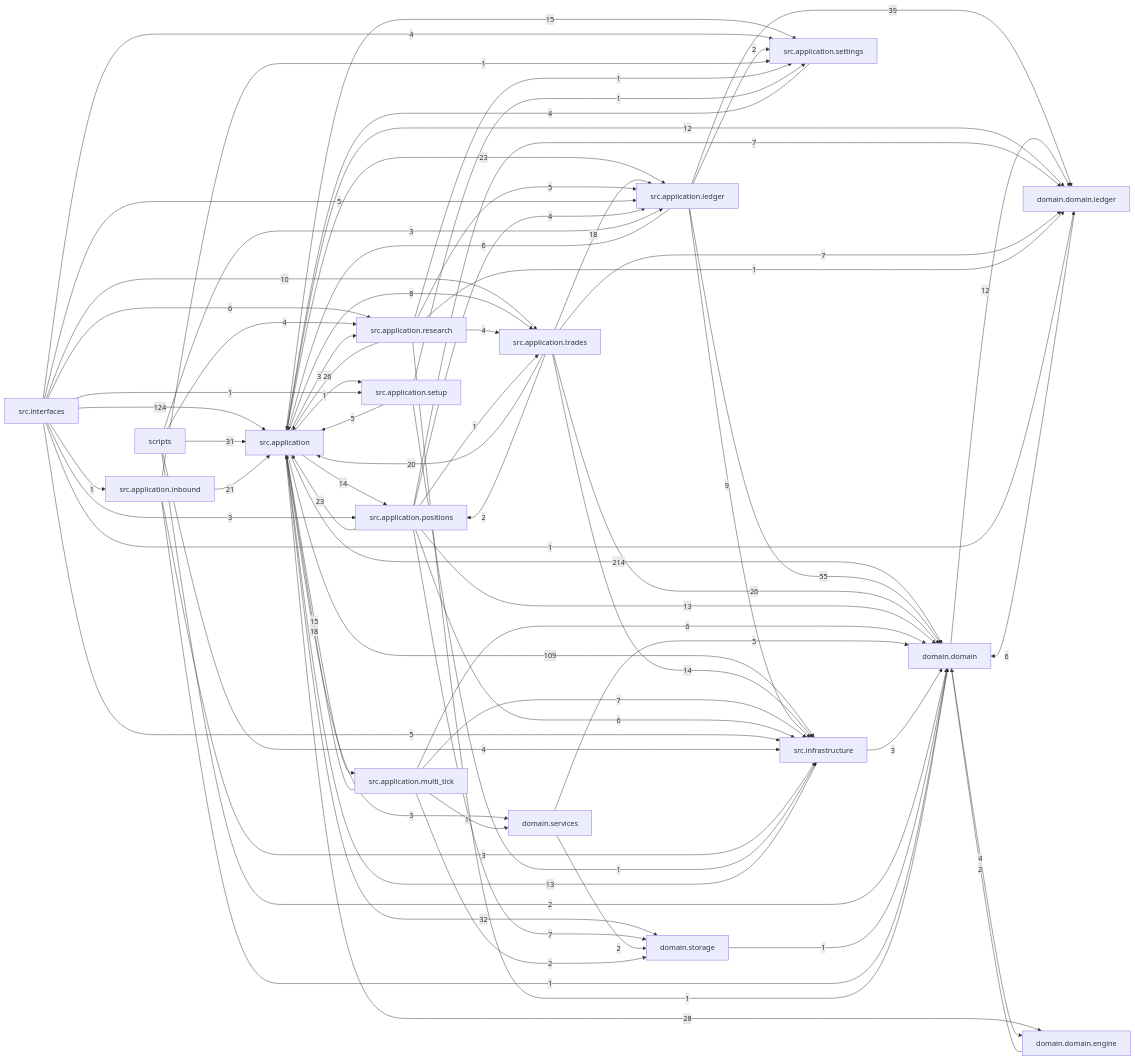
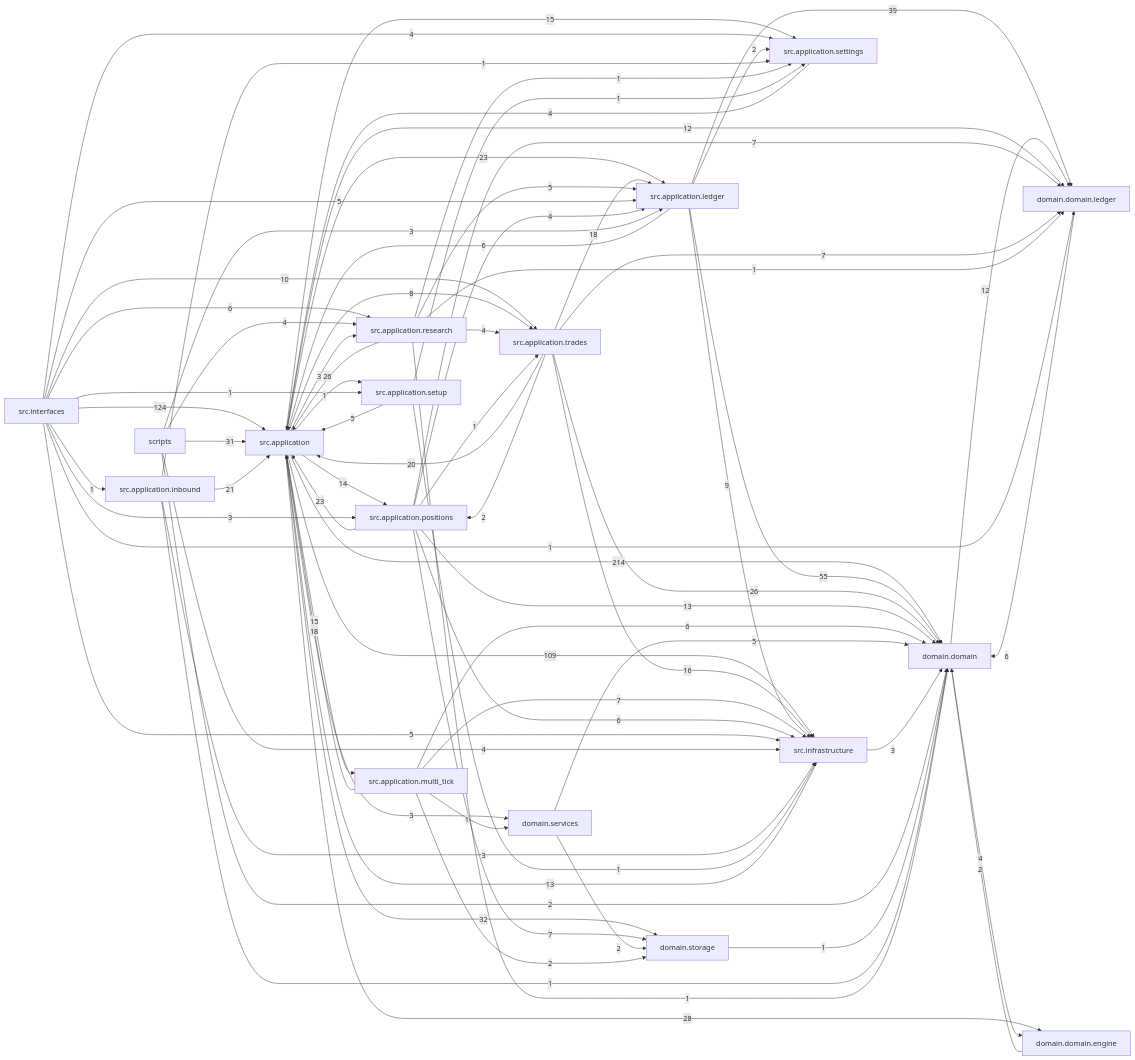
One commit to liuxie066/options-monitor changed the diagram in docs/dependency_graph.mmd. Above: the diagram before and after it, drawn with Mermaid. The commit also changed 8 other files, not shown here.

```diff
--- a/docs/dependency_graph.mmd
+++ b/docs/dependency_graph.mmd
@@ -1,75 +1,75 @@
 flowchart LR
   src_application["src.application"] -->|214| domain_domain["domain.domain"]
   src_interfaces["src.interfaces"] -->|124| src_application["src.application"]
   src_application["src.application"] -->|109| src_infrastructure["src.infrastructure"]
   src_application_ledger["src.application.ledger"] -->|55| domain_domain["domain.domain"]
   src_application_ledger["src.application.ledger"] -->|39| domain_domain_ledger["domain.domain.ledger"]
   src_application["src.application"] -->|32| domain_storage["domain.storage"]
   scripts["scripts"] -->|31| src_application["src.application"]
   src_application["src.application"] -->|28| domain_domain_engine["domain.domain.engine"]
   src_application_research["src.application.research"] -->|26| src_application["src.application"]
   src_application_trades["src.application.trades"] -->|26| domain_domain["domain.domain"]
   src_application["src.application"] -->|23| src_application_ledger["src.application.ledger"]
   src_application_positions["src.application.positions"] -->|23| src_application["src.application"]
   src_application_inbound["src.application.inbound"] -->|21| src_application["src.application"]
   src_application_trades["src.application.trades"] -->|20| src_application["src.application"]
   src_application_multi_tick["src.application.multi_tick"] -->|18| src_application["src.application"]
   src_application_trades["src.application.trades"] -->|18| src_application_ledger["src.application.ledger"]
+  src_application_trades["src.application.trades"] -->|16| src_infrastructure["src.infrastructure"]
   src_application["src.application"] -->|15| src_application_multi_tick["src.application.multi_tick"]
   src_application["src.application"] -->|15| src_application_settings["src.application.settings"]
   src_application["src.application"] -->|14| src_application_positions["src.application.positions"]
-  src_application_trades["src.application.trades"] -->|14| src_infrastructure["src.infrastructure"]
   src_application_positions["src.application.positions"] -->|13| domain_domain["domain.domain"]
   src_infrastructure["src.infrastructure"] -->|13| src_application["src.application"]
   domain_domain["domain.domain"] -->|12| domain_domain_ledger["domain.domain.ledger"]
   src_application["src.application"] -->|12| domain_domain_ledger["domain.domain.ledger"]
   src_interfaces["src.interfaces"] -->|10| src_application_trades["src.application.trades"]
   src_application_ledger["src.application.ledger"] -->|9| src_infrastructure["src.infrastructure"]
   src_application["src.application"] -->|8| src_application_trades["src.application.trades"]
   src_application_multi_tick["src.application.multi_tick"] -->|7| src_infrastructure["src.infrastructure"]
   src_application_positions["src.application.positions"] -->|7| domain_domain_ledger["domain.domain.ledger"]
   src_application_positions["src.application.positions"] -->|7| domain_storage["domain.storage"]
   src_application_trades["src.application.trades"] -->|7| domain_domain_ledger["domain.domain.ledger"]
   domain_domain_ledger["domain.domain.ledger"] -->|6| domain_domain["domain.domain"]
   src_application_ledger["src.application.ledger"] -->|6| src_application["src.application"]
   src_application_multi_tick["src.application.multi_tick"] -->|6| domain_domain["domain.domain"]
   src_application_positions["src.application.positions"] -->|6| src_infrastructure["src.infrastructure"]
   src_interfaces["src.interfaces"] -->|6| src_application_research["src.application.research"]
   domain_services["domain.services"] -->|5| domain_domain["domain.domain"]
   src_application_research["src.application.research"] -->|5| src_application_ledger["src.application.ledger"]
   src_application_setup["src.application.setup"] -->|5| src_application["src.application"]
   src_interfaces["src.interfaces"] -->|5| src_application_ledger["src.application.ledger"]
   src_interfaces["src.interfaces"] -->|5| src_infrastructure["src.infrastructure"]
   domain_domain["domain.domain"] -->|4| domain_domain_engine["domain.domain.engine"]
   scripts["scripts"] -->|4| src_application_research["src.application.research"]
   scripts["scripts"] -->|4| src_infrastructure["src.infrastructure"]
   src_application_positions["src.application.positions"] -->|4| src_application_ledger["src.application.ledger"]
   src_application_research["src.application.research"] -->|4| src_application_trades["src.application.trades"]
   src_application_settings["src.application.settings"] -->|4| src_application["src.application"]
   src_interfaces["src.interfaces"] -->|4| src_application_settings["src.application.settings"]
   scripts["scripts"] -->|3| src_application_ledger["src.application.ledger"]
   src_application["src.application"] -->|3| domain_services["domain.services"]
   src_application["src.application"] -->|3| src_application_research["src.application.research"]
   src_application_inbound["src.application.inbound"] -->|3| src_infrastructure["src.infrastructure"]
   src_infrastructure["src.infrastructure"] -->|3| domain_domain["domain.domain"]
   src_interfaces["src.interfaces"] -->|3| src_application_positions["src.application.positions"]
   domain_domain_engine["domain.domain.engine"] -->|2| domain_domain["domain.domain"]
   domain_services["domain.services"] -->|2| domain_storage["domain.storage"]
   scripts["scripts"] -->|2| domain_domain["domain.domain"]
   src_application_ledger["src.application.ledger"] -->|2| src_application_settings["src.application.settings"]
   src_application_multi_tick["src.application.multi_tick"] -->|2| domain_storage["domain.storage"]
   src_application_trades["src.application.trades"] -->|2| src_application_positions["src.application.positions"]
   domain_storage["domain.storage"] -->|1| domain_domain["domain.domain"]
   src_application["src.application"] -->|1| src_application_setup["src.application.setup"]
   src_application_inbound["src.application.inbound"] -->|1| domain_domain["domain.domain"]
   src_application_inbound["src.application.inbound"] -->|1| src_application_settings["src.application.settings"]
   src_application_multi_tick["src.application.multi_tick"] -->|1| domain_services["domain.services"]
   src_application_positions["src.application.positions"] -->|1| src_application_trades["src.application.trades"]
   src_application_research["src.application.research"] -->|1| domain_domain["domain.domain"]
   src_application_research["src.application.research"] -->|1| domain_domain_ledger["domain.domain.ledger"]
   src_application_research["src.application.research"] -->|1| src_application_settings["src.application.settings"]
   src_application_setup["src.application.setup"] -->|1| src_application_settings["src.application.settings"]
   src_application_setup["src.application.setup"] -->|1| src_infrastructure["src.infrastructure"]
   src_interfaces["src.interfaces"] -->|1| domain_domain_ledger["domain.domain.ledger"]
   src_interfaces["src.interfaces"] -->|1| src_application_inbound["src.application.inbound"]
   src_interfaces["src.interfaces"] -->|1| src_application_setup["src.application.setup"]
```
